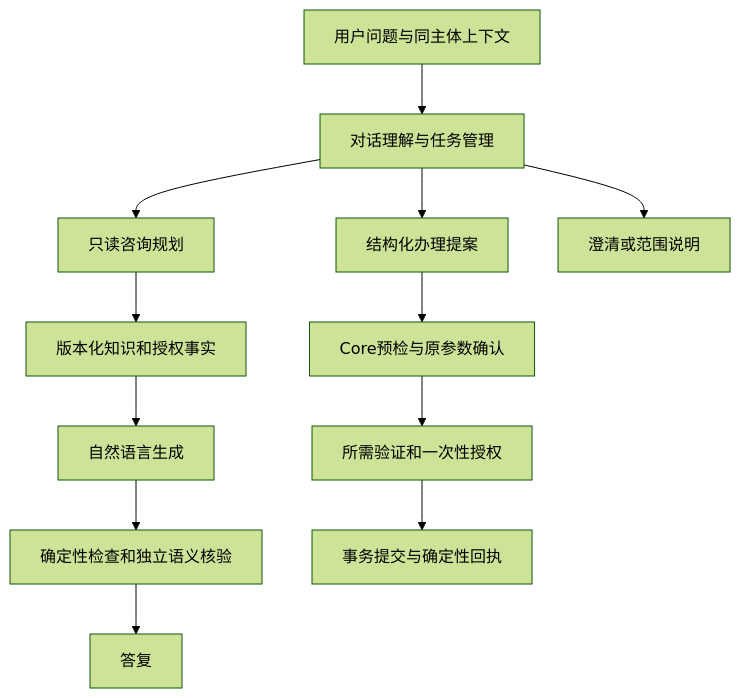
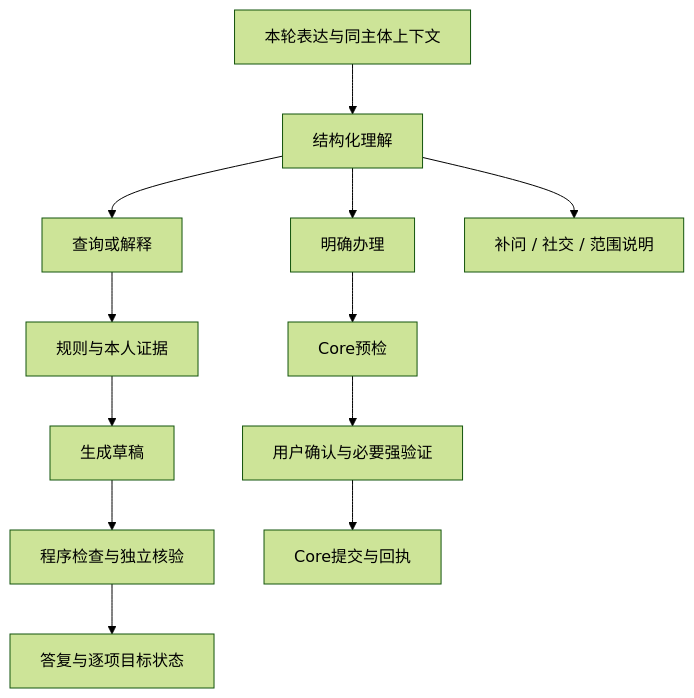
The diagram in docs/Agent架构.md (Zagadka-3906/ai-banking-agent), drawn with Mermaid (forest theme) before and after one commit. The commit also changed other lines of this file and 46 other files, not shown here.

Commit message:
重写项目公开文档并完善首页图文展示

````diff
--- a/docs/Agent架构.md
+++ b/docs/Agent架构.md
@@ -7,14 +7,14 @@
 ```mermaid
 flowchart TD
-    U[用户问题与同主体上下文] --> D[对话理解与任务管理]
-    D --> Q[只读咨询规划]
-    D --> W[结构化办理提案]
-    D --> C[澄清或范围说明]
-    Q --> K[版本化知识和授权事实]
-    K --> G[自然语言生成]
-    G --> V[确定性检查和独立语义核验]
-    V --> R[答复]
-    W --> A[Core预检与原参数确认]
-    A --> M[所需验证和一次性授权]
-    M --> E[事务提交与确定性回执]
+    U[本轮表达与同主体上下文] --> I[结构化理解]
+    I --> Q[查询或解释]
+    I --> A[明确办理]
+    I --> N[补问 / 社交 / 范围说明]
+    Q --> E[规则与本人证据]
+    E --> D[生成草稿]
+    D --> V[程序检查与独立核验]
+    V --> R[答复与逐项目标状态]
+    A --> P[Core预检]
+    P --> H[用户确认与必要强验证]
+    H --> X[Core提交与回执]
 ```
````
